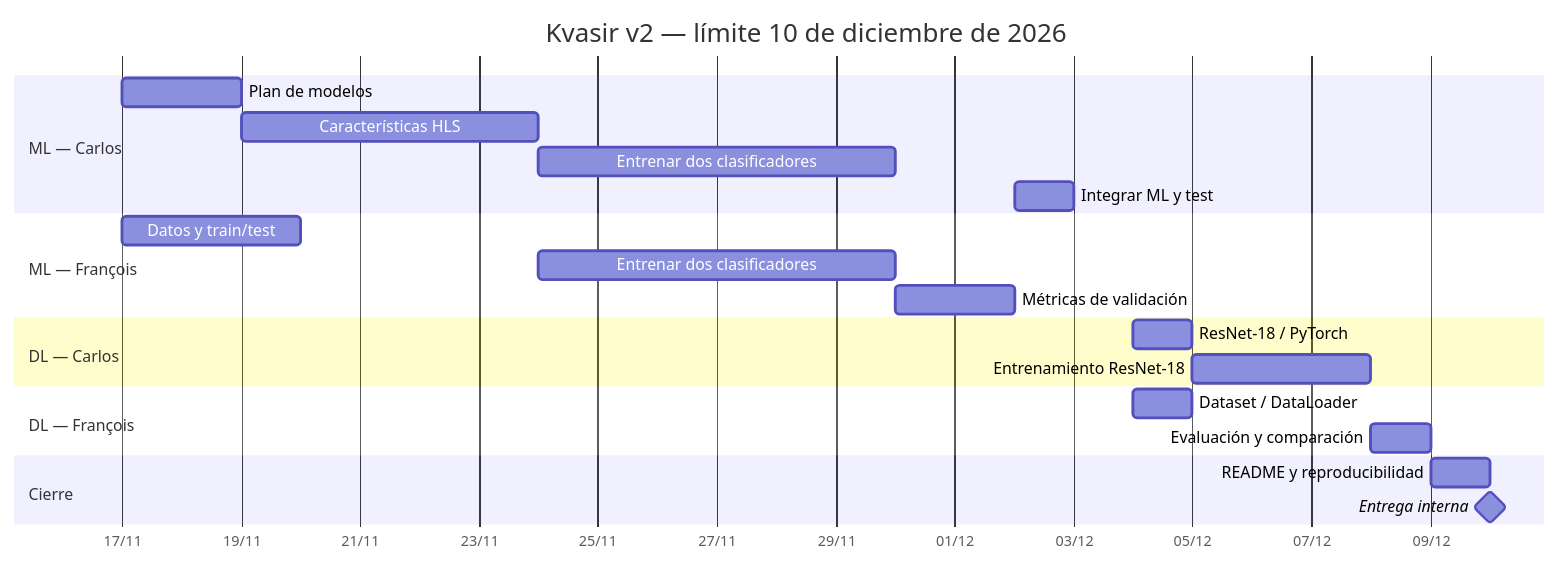
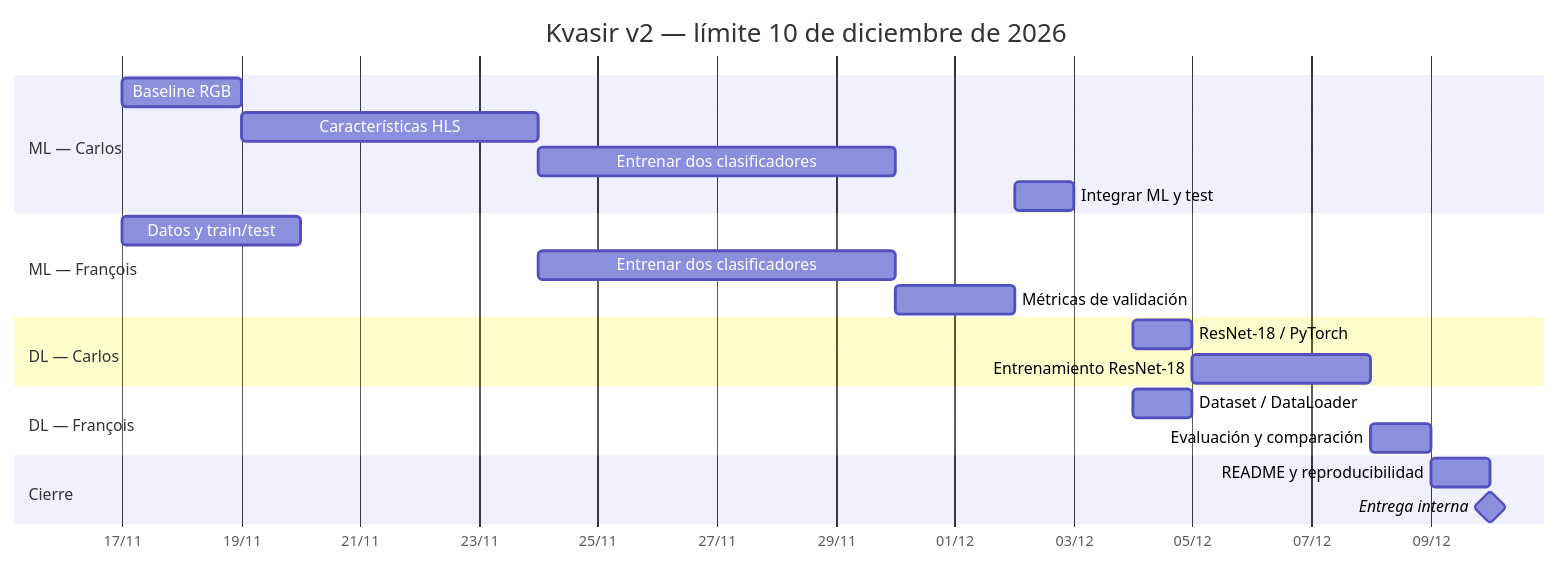
Before and after one commit to itsCarlosDev/kvasir-v2-gastrointestinal-classification: the diagram in PROJECT_BOARD.md, drawn with Mermaid. The commit also changed other lines of this file, not shown here.

````diff
--- a/PROJECT_BOARD.md
+++ b/PROJECT_BOARD.md
@@ -48,24 +48,24 @@
 ```mermaid
 gantt
     title Kvasir v2 — límite 10 de diciembre de 2026
     dateFormat YYYY-MM-DD
     axisFormat %d/%m
     section ML — Carlos
-    Plan de modelos                 :c1, 2026-11-17, 2026-11-19
+    Baseline RGB                    :c1, 2026-11-17, 2026-11-19
     Características HLS             :c2, 2026-11-19, 2026-11-24
     Entrenar dos clasificadores     :c3, 2026-11-24, 2026-11-30
     Integrar ML y test              :c4, 2026-12-02, 2026-12-03
     section ML — François
     Datos y train/test              :f1, 2026-11-17, 2026-11-20
     Entrenar dos clasificadores     :f2, 2026-11-24, 2026-11-30
     Métricas de validación          :f3, 2026-11-30, 2026-12-02
     section DL — Carlos
     ResNet-18 / PyTorch             :c5, 2026-12-04, 2026-12-05
     Entrenamiento ResNet-18         :c6, 2026-12-05, 2026-12-08
     section DL — François
     Dataset / DataLoader            :f4, 2026-12-04, 2026-12-05
     Evaluación y comparación        :f5, 2026-12-08, 2026-12-09
     section Cierre
     README y reproducibilidad       :f6, 2026-12-09, 2026-12-10
     Entrega interna                 :milestone, m1, 2026-12-10, 0d
 ```
````
